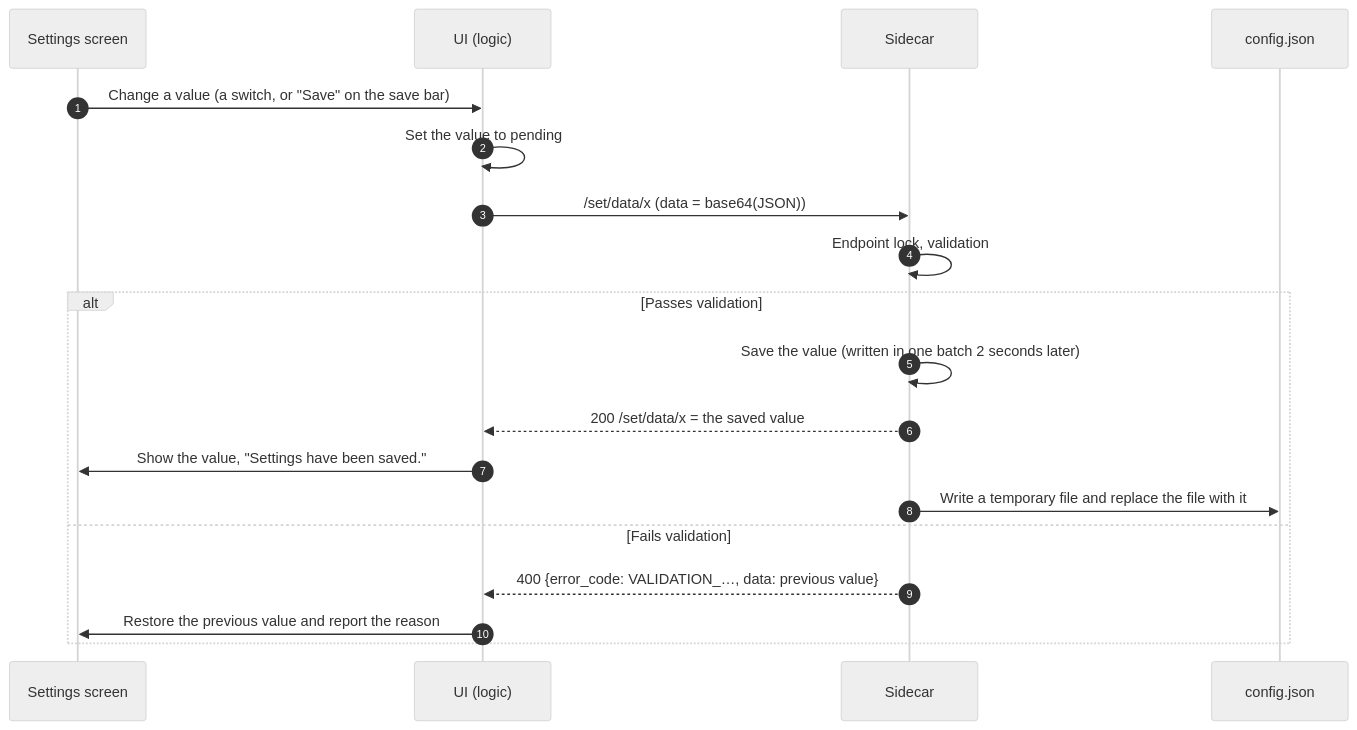
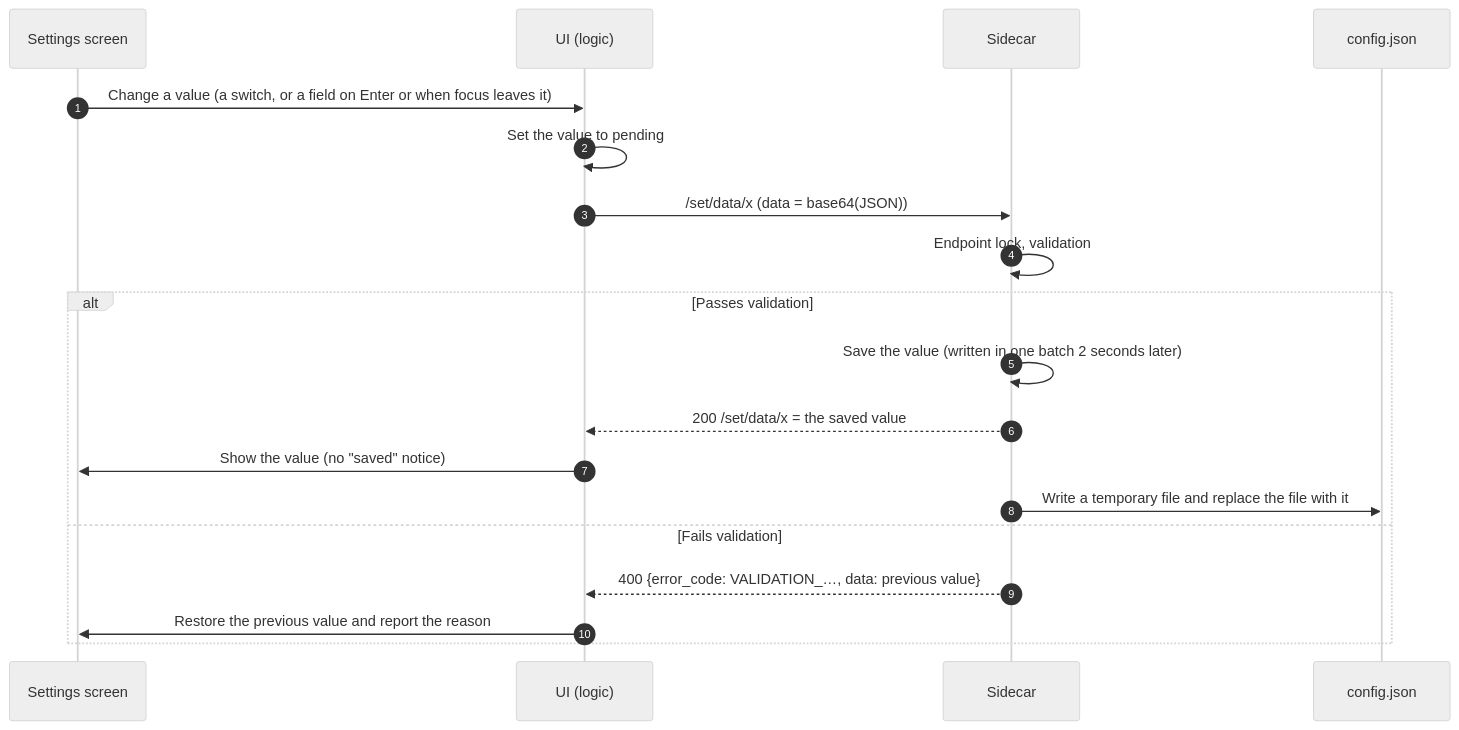
One commit to kein5/astarot changed the second of 14 diagrams in docs/spec/sequences.md. Above: the diagram before and after it, drawn with Mermaid (neutral theme). The commit also changed other lines of this file and 10 other files, not shown here.

First line of the commit message:
docs(spec): describe settings that save by themselves

````diff
--- a/docs/spec/sequences.md
+++ b/docs/spec/sequences.md
@@ -42,21 +42,21 @@
 ```mermaid
 sequenceDiagram
   autonumber
   participant P as Settings screen
   participant UI as UI (logic)
   participant S as Sidecar
   participant F as config.json
-  P->>UI: Change a value (a switch, or "Save" on the save bar)
+  P->>UI: Change a value (a switch, or a field on Enter or when focus leaves it)
   UI->>UI: Set the value to pending
   UI->>S: /set/data/x (data = base64(JSON))
   S->>S: Endpoint lock, validation
   alt Passes validation
     S->>S: Save the value (written in one batch 2 seconds later)
     S-->>UI: 200 /set/data/x = the saved value
-    UI->>P: Show the value, "Settings have been saved."
+    UI->>P: Show the value (no "saved" notice)
     S->>F: Write a temporary file and replace the file with it
   else Fails validation
     S-->>UI: 400 {error_code: VALIDATION_…, data: previous value}
     UI->>P: Restore the previous value and report the reason
   end
 ```
````
